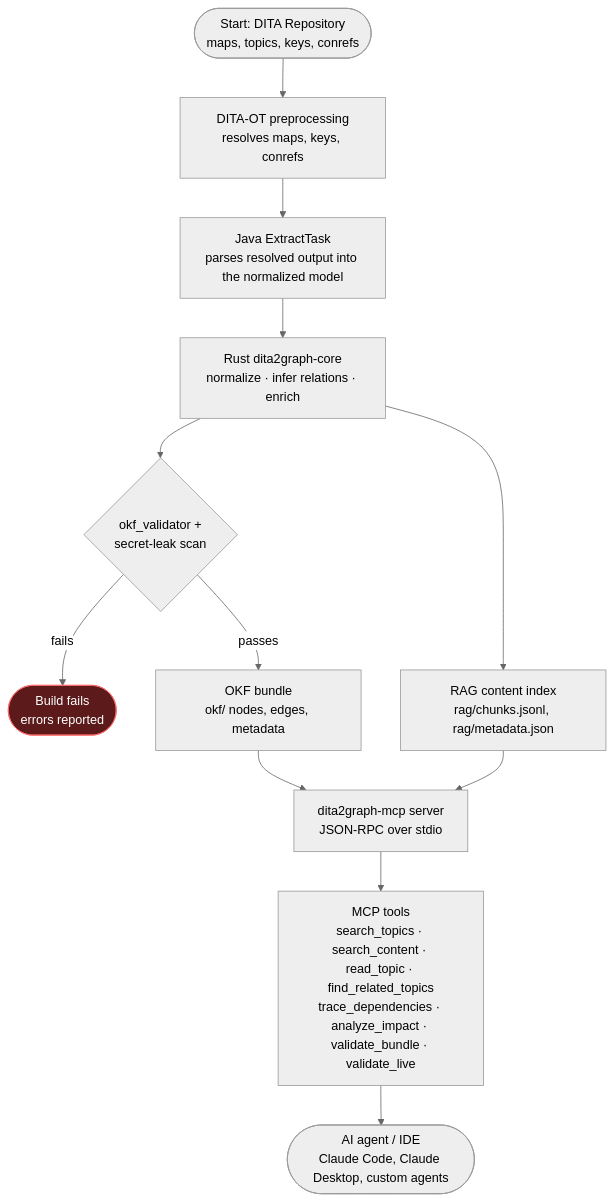
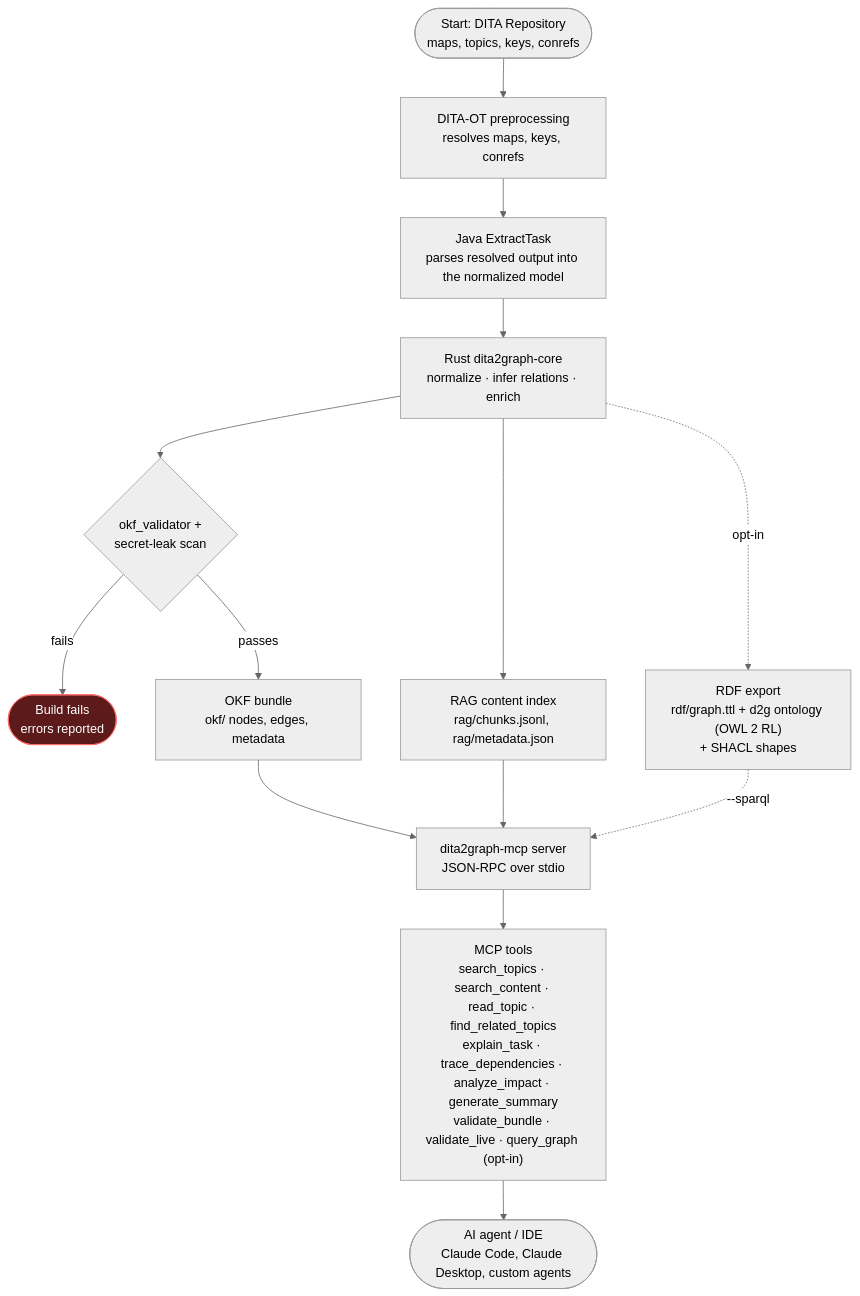
The diagram in README.md (jyjeanne/DITA2Graph), drawn with Mermaid (neutral theme) before and after one commit. The commit also changed other lines of this file and 35 other files, not shown here.

First line of the commit message:
feat: add keys, external links and a sparql tool to the graph

````diff
--- a/README.md
+++ b/README.md
@@ -79,16 +80,18 @@
 ```mermaid
 flowchart TD
     A([Start: DITA Repository<br/>maps, topics, keys, conrefs]) --> B["DITA-OT preprocessing<br/>resolves maps, keys, conrefs"]
     B --> C["Java ExtractTask<br/>parses resolved output into the normalized model"]
     C --> D["Rust dita2graph-core<br/>normalize · infer relations · enrich"]
     D --> E{"okf_validator +<br/>secret-leak scan"}
     E -- fails --> F([Build fails<br/>errors reported]):::fail
     E -- passes --> G["OKF bundle<br/>okf/ nodes, edges, metadata"]
     D --> H["RAG content index<br/>rag/chunks.jsonl, rag/metadata.json"]
+    D -.->|opt-in| R["RDF export<br/>rdf/graph.ttl + d2g ontology (OWL 2 RL)<br/>+ SHACL shapes"]
     G --> I["dita2graph-mcp server<br/>JSON-RPC over stdio"]
     H --> I
-    I --> J["MCP tools<br/>search_topics · search_content · read_topic · find_related_topics<br/>trace_dependencies · analyze_impact · validate_bundle · validate_live"]
+    R -.->|"--sparql"| I
+    I --> J["MCP tools<br/>search_topics · search_content · read_topic · find_related_topics<br/>explain_task · trace_dependencies · analyze_impact · generate_summary<br/>validate_bundle · validate_live · query_graph (opt-in)"]
     J --> K([AI agent / IDE<br/>Claude Code, Claude Desktop, custom agents])
 
     classDef fail fill:#5c1a1a,stroke:#ff6b6b,color:#fff
 ```
````
